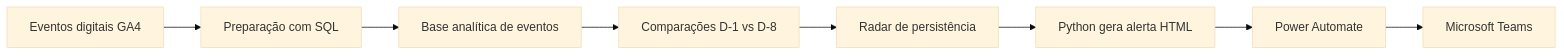
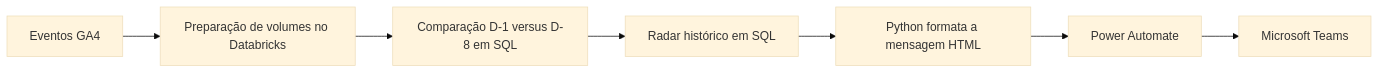
The diagram in projetos/monitoria-ga4/README.md (brunarorato/brunarorato.github.io), drawn with Mermaid (base theme) before and after one commit. The commit also changed other lines of this file, not shown here.

Commit message:
Documenta com fidelidade SQL, radar e alertas da monitoria diária

```diff
--- a/projetos/monitoria-ga4/README.md
+++ b/projetos/monitoria-ga4/README.md
@@ -20,10 +19,9 @@
 ~~~mermaid
 flowchart LR
-    A[Eventos digitais GA4] --> B[Preparação com SQL]
-    B --> C[Base analítica de eventos]
-    C --> D[Comparações D-1 vs D-8]
-    D --> E[Radar de persistência]
-    E --> F[Python gera alerta HTML]
-    F --> G[Power Automate]
-    G --> H[Microsoft Teams]
+    A[Eventos GA4] --> B[Preparação de volumes no Databricks]
+    B --> C[Comparação D-1 versus D-8 em SQL]
+    C --> D[Radar histórico em SQL]
+    D --> E[Python formata a mensagem HTML]
+    E --> F[Power Automate]
+    F --> G[Microsoft Teams]
 ~~~
```
